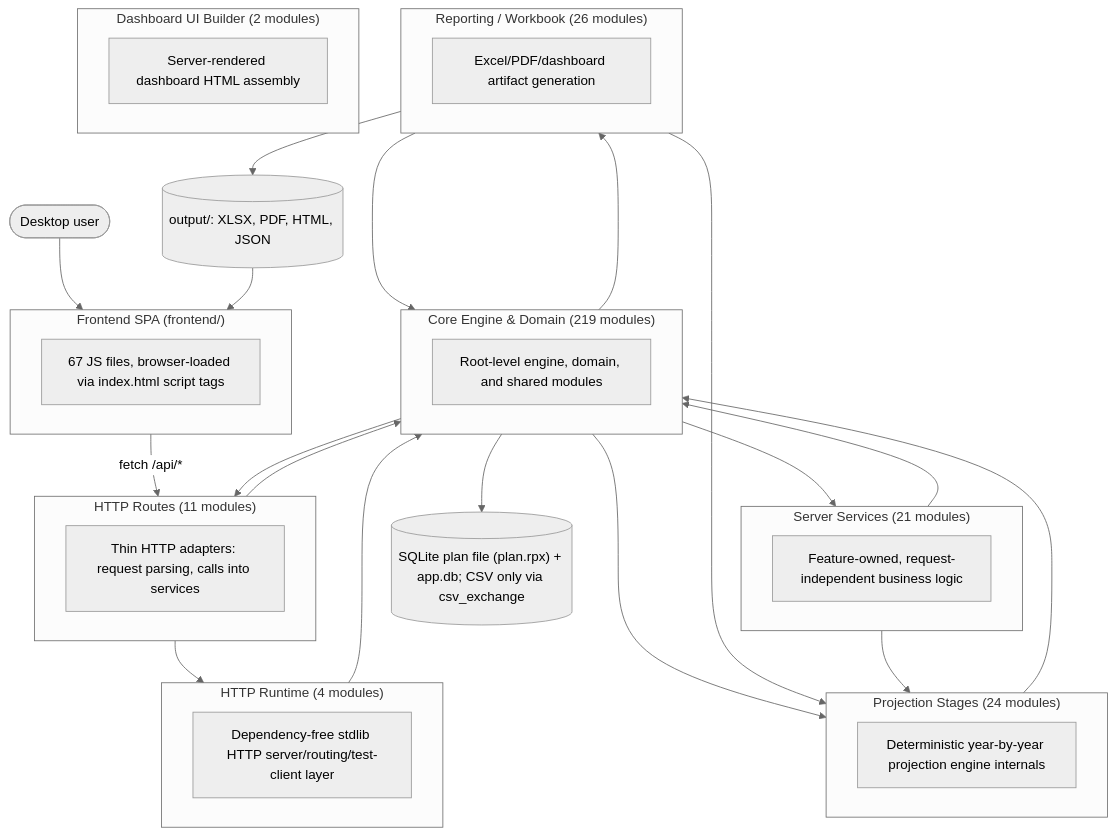
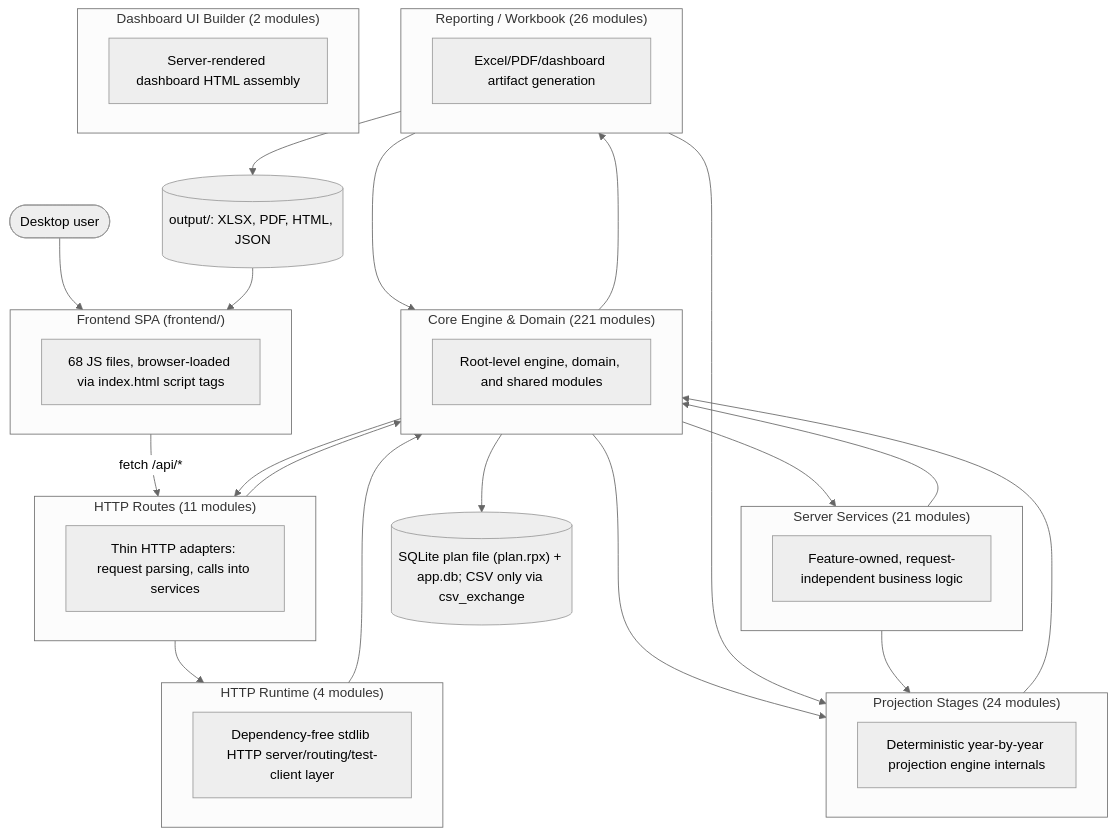
The first of 2 diagrams in documentation/reference/SYSTEM_ARCHITECTURE_DIAGRAM.md (matthartzman/retirement_system), drawn with Mermaid (neutral theme) before and after one commit. The commit also changed other lines of this file and 15 other files, not shown here.

````diff
--- a/documentation/reference/SYSTEM_ARCHITECTURE_DIAGRAM.md
+++ b/documentation/reference/SYSTEM_ARCHITECTURE_DIAGRAM.md
@@ -11,44 +11,44 @@
 ```mermaid
 flowchart TB
     User(["Desktop user"]) --> FE
     subgraph FE["Frontend SPA (frontend/)"]
-        FEcount["67 JS files, browser-loaded via index.html script tags"]
+        FEcount["68 JS files, browser-loaded via index.html script tags"]
     end
     FE -->|fetch /api/*| L_HTTP_Routes
     subgraph L_HTTP_Routes["HTTP Routes (11 modules)"]
         L_HTTP_Routes_d["Thin HTTP adapters: request parsing, calls into services"]
     end
     subgraph L_Server_Services["Server Services (21 modules)"]
         L_Server_Services_d["Feature-owned, request-independent business logic"]
     end
     subgraph L_HTTP_Runtime["HTTP Runtime (4 modules)"]
         L_HTTP_Runtime_d["Dependency-free stdlib HTTP server/routing/test-client layer"]
     end
-    subgraph L_Core_Engine___Domain["Core Engine & Domain (219 modules)"]
+    subgraph L_Core_Engine___Domain["Core Engine & Domain (221 modules)"]
         L_Core_Engine___Domain_d["Root-level engine, domain, and shared modules"]
     end
     subgraph L_Projection_Stages["Projection Stages (24 modules)"]
         L_Projection_Stages_d["Deterministic year-by-year projection engine internals"]
     end
     subgraph L_Reporting___Workbook["Reporting / Workbook (26 modules)"]
         L_Reporting___Workbook_d["Excel/PDF/dashboard artifact generation"]
     end
     subgraph L_Dashboard_UI_Builder["Dashboard UI Builder (2 modules)"]
         L_Dashboard_UI_Builder_d["Server-rendered dashboard HTML assembly"]
     end
     L_Core_Engine___Domain --> L_HTTP_Routes
     L_Core_Engine___Domain --> L_Projection_Stages
     L_Core_Engine___Domain --> L_Reporting___Workbook
     L_Core_Engine___Domain --> L_Server_Services
     L_HTTP_Routes --> L_Core_Engine___Domain
     L_HTTP_Routes --> L_HTTP_Runtime
     L_HTTP_Runtime --> L_Core_Engine___Domain
     L_Projection_Stages --> L_Core_Engine___Domain
     L_Reporting___Workbook --> L_Core_Engine___Domain
     L_Reporting___Workbook --> L_Projection_Stages
     L_Server_Services --> L_Core_Engine___Domain
     L_Server_Services --> L_Projection_Stages
     L_Core_Engine___Domain --> DB[("SQLite plan file (plan.rpx) + app.db; CSV only via csv_exchange")]
     L_Reporting___Workbook --> Outputs[("output/: XLSX, PDF, HTML, JSON")]
     Outputs --> FE
 ```
````
